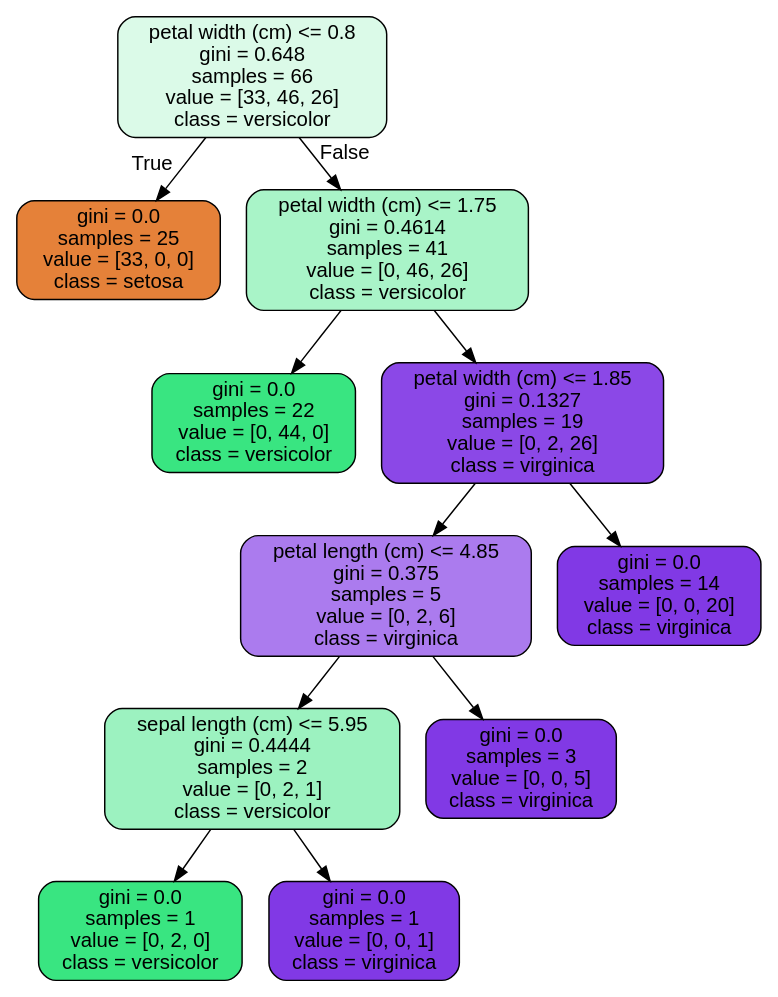
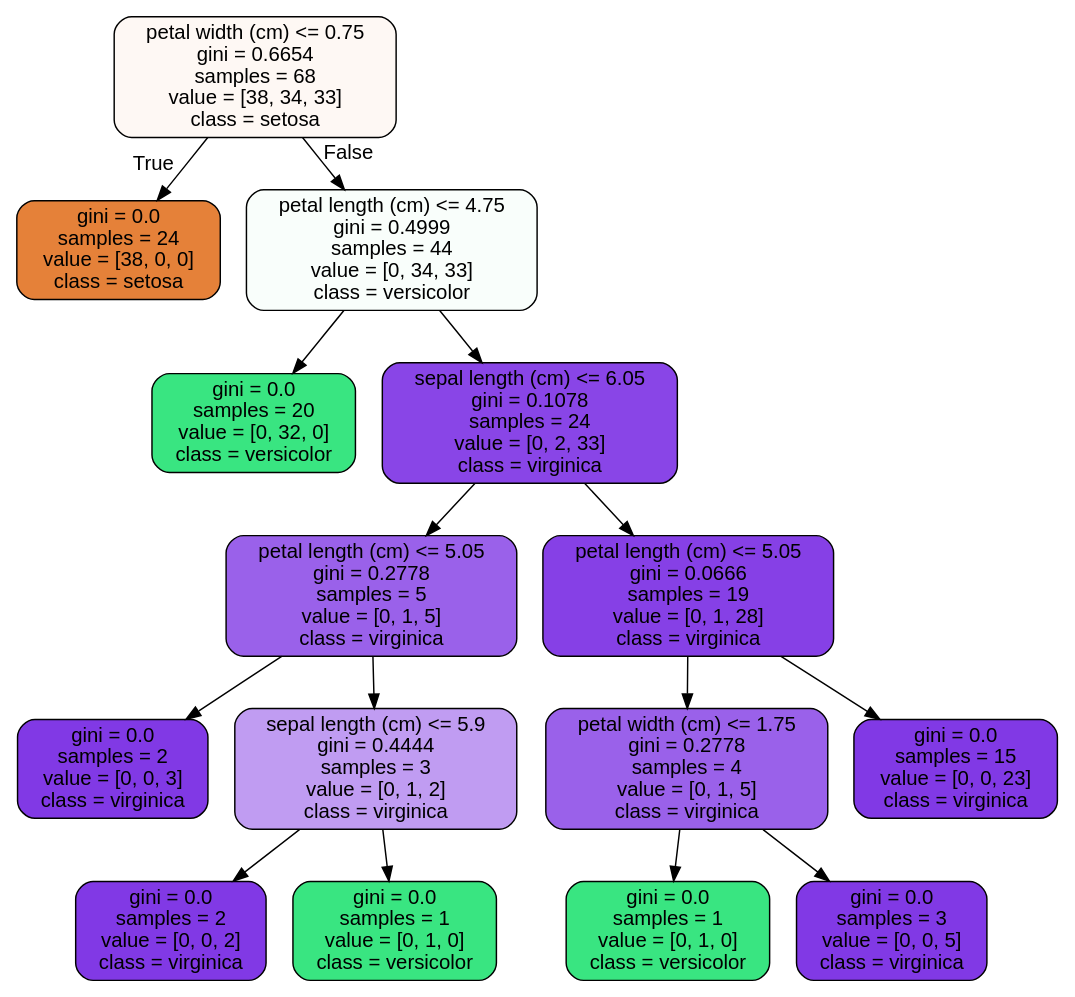
Before and after one commit to rohankbd/clg_AIML: the diagram in tree.dot, drawn with Graphviz. The commit also changed 9 other files, not shown here.

```diff
--- a/tree.dot
+++ b/tree.dot
@@ -1,25 +1,33 @@
 digraph Tree {
 node [shape=box, style="filled, rounded", color="black", fontname="helvetica"] ;
 edge [fontname="helvetica"] ;
-0 [label="petal width (cm) <= 0.8\ngini = 0.648\nsamples = 66\nvalue = [33, 46, 26]\nclass = versicolor", fillcolor="#dbfae8"] ;
-1 [label="gini = 0.0\nsamples = 25\nvalue = [33, 0, 0]\nclass = setosa", fillcolor="#e58139"] ;
+0 [label="petal width (cm) <= 0.75\ngini = 0.6654\nsamples = 68\nvalue = [38, 34, 33]\nclass = setosa", fillcolor="#fef8f4"] ;
+1 [label="gini = 0.0\nsamples = 24\nvalue = [38, 0, 0]\nclass = setosa", fillcolor="#e58139"] ;
 0 -> 1 [labeldistance=2.5, labelangle=45, headlabel="True"] ;
-2 [label="petal width (cm) <= 1.75\ngini = 0.4614\nsamples = 41\nvalue = [0, 46, 26]\nclass = versicolor", fillcolor="#a9f4c8"] ;
+2 [label="petal length (cm) <= 4.75\ngini = 0.4999\nsamples = 44\nvalue = [0, 34, 33]\nclass = versicolor", fillcolor="#f9fefb"] ;
 0 -> 2 [labeldistance=2.5, labelangle=-45, headlabel="False"] ;
-3 [label="gini = 0.0\nsamples = 22\nvalue = [0, 44, 0]\nclass = versicolor", fillcolor="#39e581"] ;
+3 [label="gini = 0.0\nsamples = 20\nvalue = [0, 32, 0]\nclass = versicolor", fillcolor="#39e581"] ;
 2 -> 3 ;
-4 [label="petal width (cm) <= 1.85\ngini = 0.1327\nsamples = 19\nvalue = [0, 2, 26]\nclass = virginica", fillcolor="#8b48e7"] ;
+4 [label="sepal length (cm) <= 6.05\ngini = 0.1078\nsamples = 24\nvalue = [0, 2, 33]\nclass = virginica", fillcolor="#8945e7"] ;
 2 -> 4 ;
-5 [label="petal length (cm) <= 4.85\ngini = 0.375\nsamples = 5\nvalue = [0, 2, 6]\nclass = virginica", fillcolor="#ab7bee"] ;
+5 [label="petal length (cm) <= 5.05\ngini = 0.2778\nsamples = 5\nvalue = [0, 1, 5]\nclass = virginica", fillcolor="#9a61ea"] ;
 4 -> 5 ;
-6 [label="sepal length (cm) <= 5.95\ngini = 0.4444\nsamples = 2\nvalue = [0, 2, 1]\nclass = versicolor", fillcolor="#9cf2c0"] ;
+6 [label="gini = 0.0\nsamples = 2\nvalue = [0, 0, 3]\nclass = virginica", fillcolor="#8139e5"] ;
 5 -> 6 ;
-7 [label="gini = 0.0\nsamples = 1\nvalue = [0, 2, 0]\nclass = versicolor", fillcolor="#39e581"] ;
-6 -> 7 ;
-8 [label="gini = 0.0\nsamples = 1\nvalue = [0, 0, 1]\nclass = virginica", fillcolor="#8139e5"] ;
-6 -> 8 ;
-9 [label="gini = 0.0\nsamples = 3\nvalue = [0, 0, 5]\nclass = virginica", fillcolor="#8139e5"] ;
-5 -> 9 ;
-10 [label="gini = 0.0\nsamples = 14\nvalue = [0, 0, 20]\nclass = virginica", fillcolor="#8139e5"] ;
+7 [label="sepal length (cm) <= 5.9\ngini = 0.4444\nsamples = 3\nvalue = [0, 1, 2]\nclass = virginica", fillcolor="#c09cf2"] ;
+5 -> 7 ;
+8 [label="gini = 0.0\nsamples = 2\nvalue = [0, 0, 2]\nclass = virginica", fillcolor="#8139e5"] ;
+7 -> 8 ;
+9 [label="gini = 0.0\nsamples = 1\nvalue = [0, 1, 0]\nclass = versicolor", fillcolor="#39e581"] ;
+7 -> 9 ;
+10 [label="petal length (cm) <= 5.05\ngini = 0.0666\nsamples = 19\nvalue = [0, 1, 28]\nclass = virginica", fillcolor="#8640e6"] ;
 4 -> 10 ;
+11 [label="petal width (cm) <= 1.75\ngini = 0.2778\nsamples = 4\nvalue = [0, 1, 5]\nclass = virginica", fillcolor="#9a61ea"] ;
+10 -> 11 ;
+12 [label="gini = 0.0\nsamples = 1\nvalue = [0, 1, 0]\nclass = versicolor", fillcolor="#39e581"] ;
+11 -> 12 ;
+13 [label="gini = 0.0\nsamples = 3\nvalue = [0, 0, 5]\nclass = virginica", fillcolor="#8139e5"] ;
+11 -> 13 ;
+14 [label="gini = 0.0\nsamples = 15\nvalue = [0, 0, 23]\nclass = virginica", fillcolor="#8139e5"] ;
+10 -> 14 ;
 }
```
